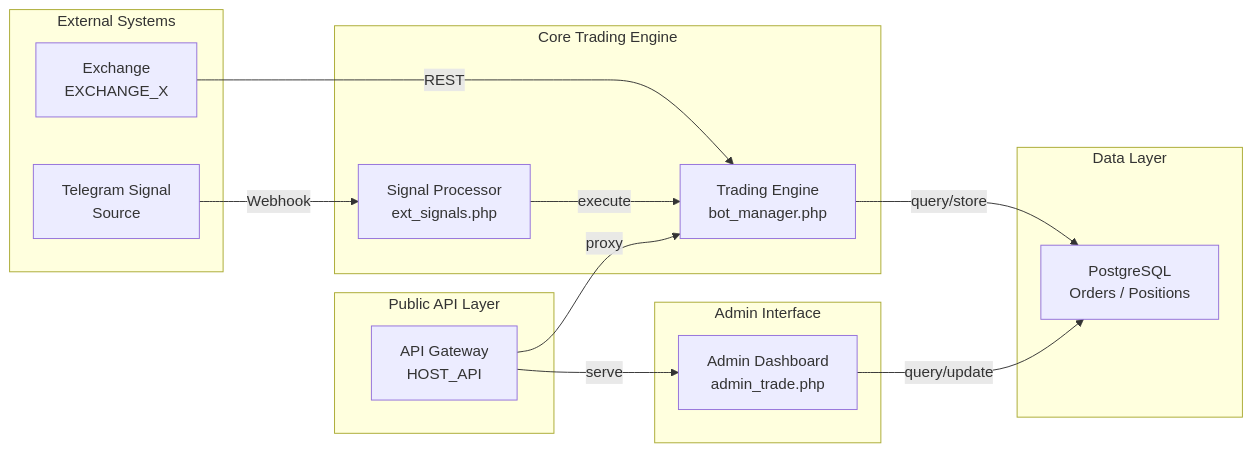
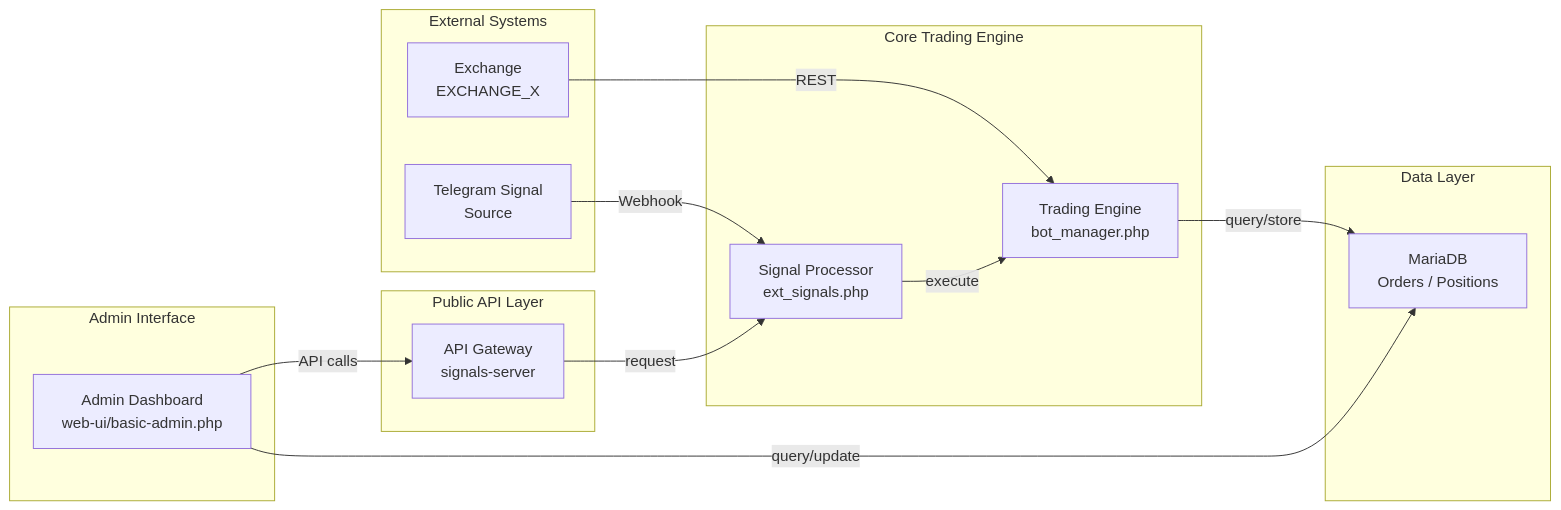
One commit to alpet83/trading-platform-php changed the first of 4 diagrams in docs/TradeBot_ARCHITECTURE_DIAGRAMS.md. Above: the diagram before and after it, drawn with Mermaid. The commit also changed other lines of this file and 58 other files, not shown here.

````diff
--- a/docs/TradeBot_ARCHITECTURE_DIAGRAMS.md
+++ b/docs/TradeBot_ARCHITECTURE_DIAGRAMS.md
@@ -10,28 +10,28 @@
 ```mermaid
 graph LR
     subgraph ext["External Systems"]
         BIN["Exchange<br/>EXCHANGE_X"]
         TGSRC["Telegram Signal<br/>Source"]
     end
     subgraph api["Public API Layer"]
-        APIGW["API Gateway<br/>HOST_API"]
+        APIGW["API Gateway<br/>signals-server"]
     end
     subgraph core["Core Trading Engine"]
         TRAD["Trading Engine<br/>bot_manager.php"]
         SIG["Signal Processor<br/>ext_signals.php"]
     end
     subgraph db["Data Layer"]
-        PGSQL["PostgreSQL<br/>Orders / Positions"]
+        MARIADB["MariaDB<br/>Orders / Positions"]
     end
     subgraph admin["Admin Interface"]
-        PANEL["Admin Dashboard<br/>admin_trade.php"]
+        PANEL["Admin Dashboard<br/>web-ui/basic-admin.php"]
     end
     
     BIN -->|REST| TRAD
     TGSRC -->|Webhook| SIG
     SIG -->|execute| TRAD
-    TRAD -->|query/store| PGSQL
-    APIGW -->|proxy| TRAD
-    PANEL -->|query/update| PGSQL
-    APIGW -->|serve| PANEL
+    TRAD -->|query/store| MARIADB
+    APIGW -->|request| SIG
+    PANEL -->|query/update| MARIADB
+    PANEL -->|API calls| APIGW
 ```
````
